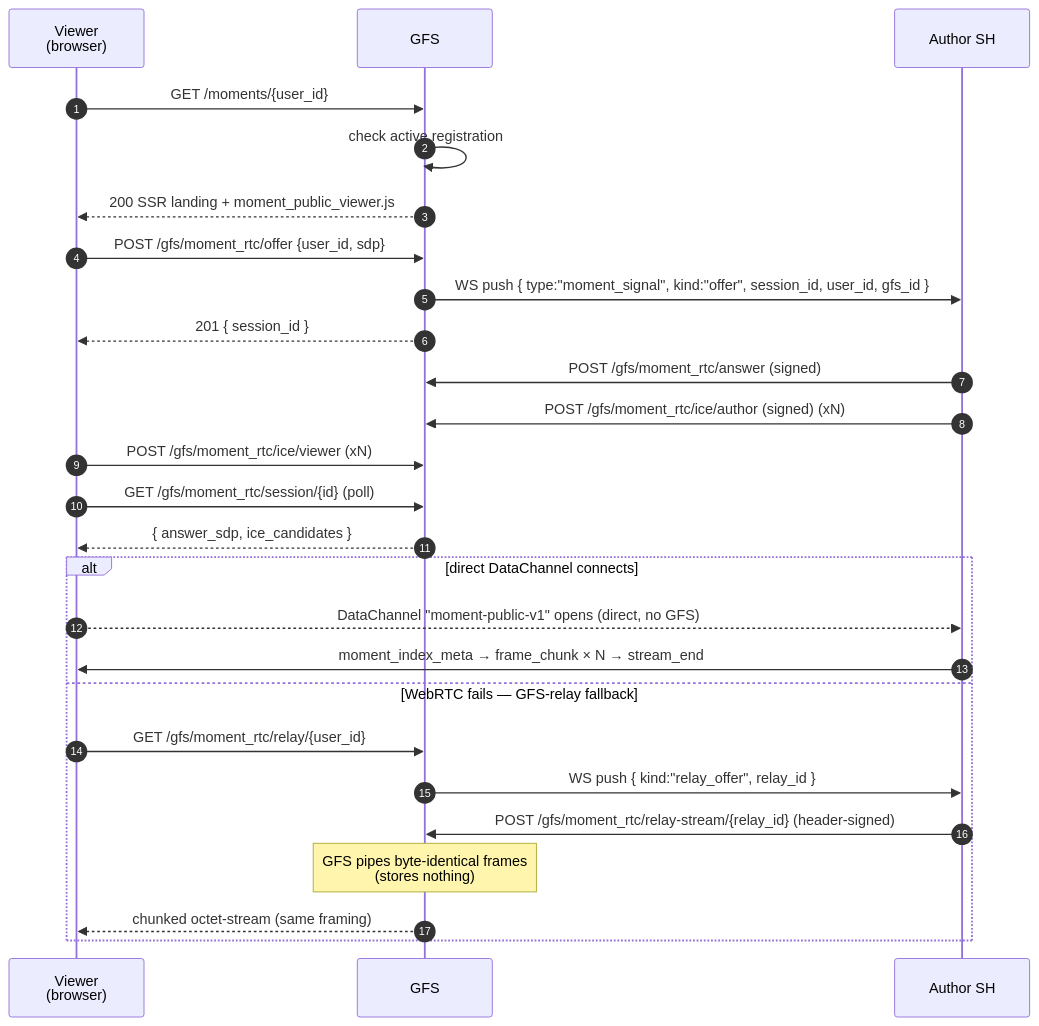
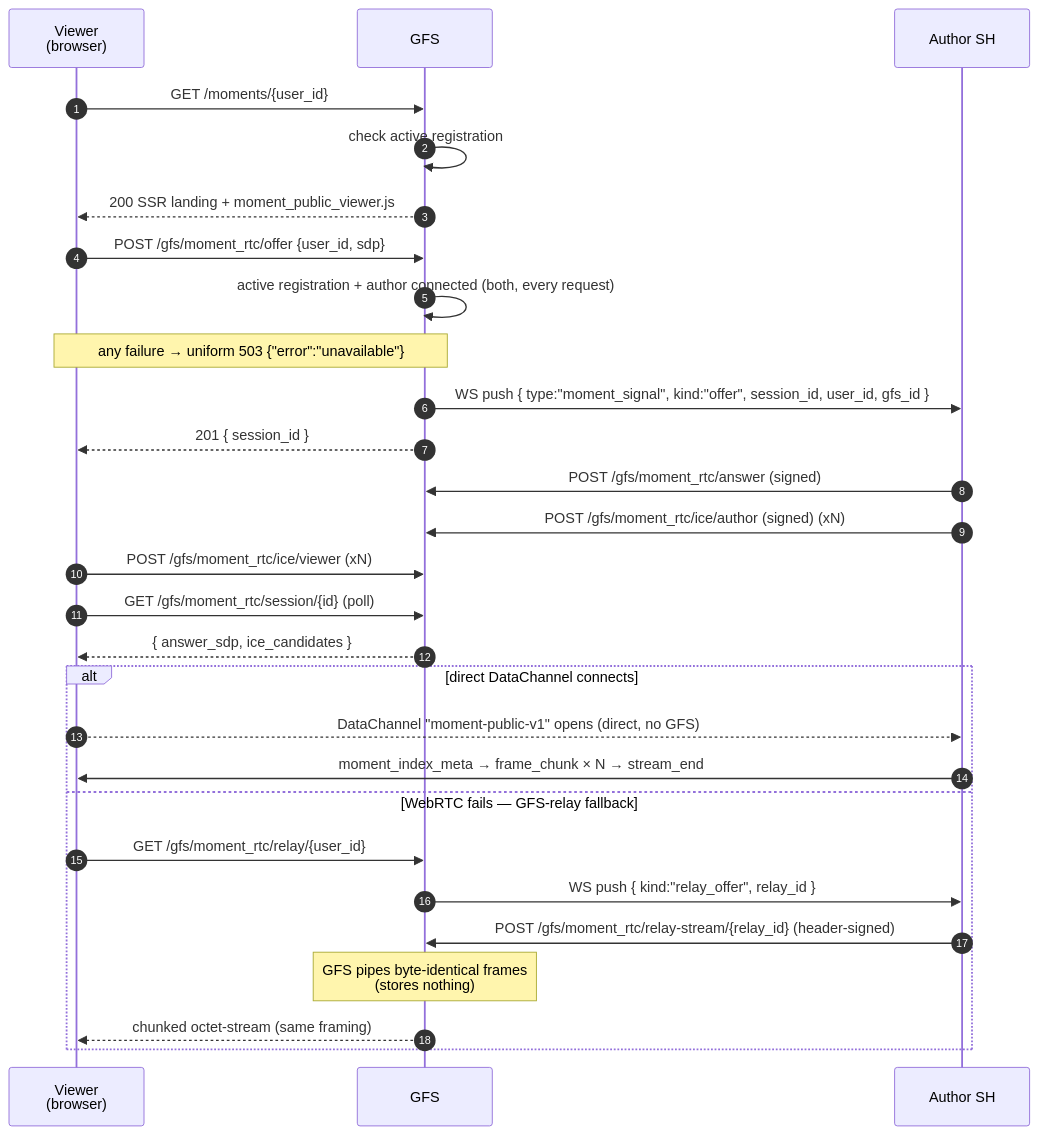
One commit to social-home-io/socialhome changed the third of 3 diagrams in docs/protocol/momentum_public.md. Above: the diagram before and after it, drawn with Mermaid. The commit also changed other lines of this file and 39 other files, not shown here.

````diff
--- a/docs/protocol/momentum_public.md
+++ b/docs/protocol/momentum_public.md
@@ -306,29 +306,31 @@
 ```mermaid
 sequenceDiagram
   autonumber
   participant V as Viewer<br/>(browser)
   participant G as GFS
   participant A as Author SH
 
   V->>G: GET /moments/{user_id}
   G->>G: check active registration
   G-->>V: 200 SSR landing + moment_public_viewer.js
   V->>G: POST /gfs/moment_rtc/offer {user_id, sdp}
+  G->>G: active registration + author connected (both, every request)
+  Note over G,V: any failure → uniform 503 {"error":"unavailable"}
   G->>A: WS push { type:"moment_signal", kind:"offer", session_id, user_id, gfs_id }
   G-->>V: 201 { session_id }
   A->>G: POST /gfs/moment_rtc/answer (signed)
   A->>G: POST /gfs/moment_rtc/ice/author (signed) (xN)
   V->>G: POST /gfs/moment_rtc/ice/viewer (xN)
   V->>G: GET /gfs/moment_rtc/session/{id} (poll)
   G-->>V: { answer_sdp, ice_candidates }
   alt direct DataChannel connects
     V-->>A: DataChannel "moment-public-v1" opens (direct, no GFS)
     A->>V: moment_index_meta → frame_chunk × N → stream_end
   else WebRTC fails — GFS-relay fallback
     V->>G: GET /gfs/moment_rtc/relay/{user_id}
     G->>A: WS push { kind:"relay_offer", relay_id }
     A->>G: POST /gfs/moment_rtc/relay-stream/{relay_id} (header-signed)
     Note over G: GFS pipes byte-identical frames<br/>(stores nothing)
     G-->>V: chunked octet-stream (same framing)
   end
 ```
````
